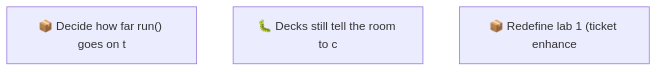
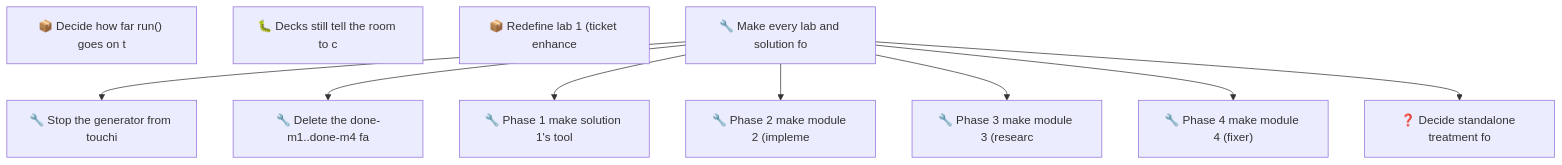
One commit to RichardHightower/reliable-agentic-lab changed the second of 2 diagrams in docs/roadmap.md. Above: the diagram before and after it, drawn with Mermaid. The commit also changed other lines of this file and 1 other file, not shown here.

First line of the commit message:
Track the standalone-labs-and-solutions work as one epic, phased by module.

````diff
--- a/docs/roadmap.md
+++ b/docs/roadmap.md
@@ -52,6 +88,21 @@
 ```mermaid
 graph TD
     01M10N7X4TCZSZ6RCQ8348G3MG["📦 Decide how far run() goes on t"]
     01M10N87FRARZQJET5ZF6N9WY1["🐛 Decks still tell the room to c"]
     01M10ZJAFA531AZT95CD4N95XJ["📦 Redefine lab 1 (ticket enhance"]
+    01M10ZZFT4DW7V58K7DCNKJRR3["🔧 Make every lab and solution fo"]
+    01M10ZZQBG9C72NX5P6F00WRNJ["🔧 Stop the generator from touchi"]
+    01M10ZZSS13KQF69WPE7A5N24X["🔧 Delete the done-m1..done-m4 fa"]
+    01M110015D4FB9BYPNVK7BEJR1["🔧 Phase 1 make solution 1's tool"]
+    01M11003RBSRAW0MYDE34AVZGV["🔧 Phase 2 make module 2 (impleme"]
+    01M11005SEGJQEYP984QBYVE3C["🔧 Phase 3 make module 3 (researc"]
+    01M110078YFGKGG0E528GE9J95["🔧 Phase 4 make module 4 (fixer)"]
+    01M1100CMG7X5QW4K85N6Y77ZK["❓ Decide standalone treatment fo"]
+    01M10ZZFT4DW7V58K7DCNKJRR3 --> 01M10ZZQBG9C72NX5P6F00WRNJ
+    01M10ZZFT4DW7V58K7DCNKJRR3 --> 01M10ZZSS13KQF69WPE7A5N24X
+    01M10ZZFT4DW7V58K7DCNKJRR3 --> 01M110015D4FB9BYPNVK7BEJR1
+    01M10ZZFT4DW7V58K7DCNKJRR3 --> 01M11003RBSRAW0MYDE34AVZGV
+    01M10ZZFT4DW7V58K7DCNKJRR3 --> 01M11005SEGJQEYP984QBYVE3C
+    01M10ZZFT4DW7V58K7DCNKJRR3 --> 01M110078YFGKGG0E528GE9J95
+    01M10ZZFT4DW7V58K7DCNKJRR3 --> 01M1100CMG7X5QW4K85N6Y77ZK
 ```
````
